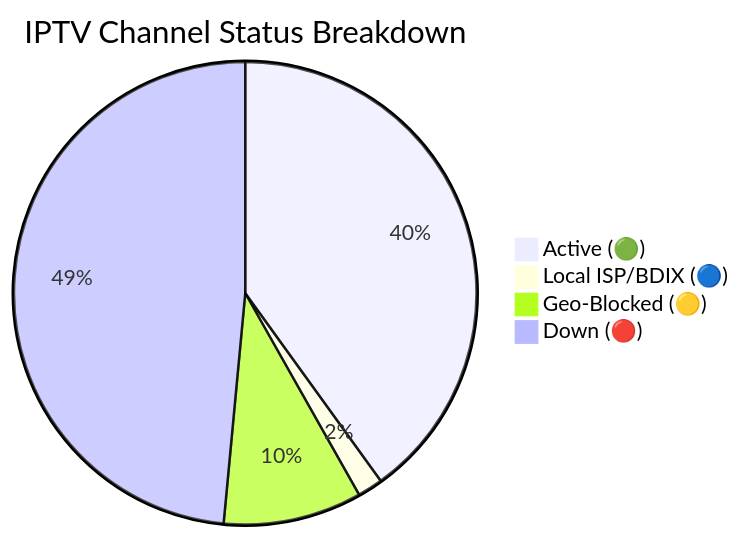
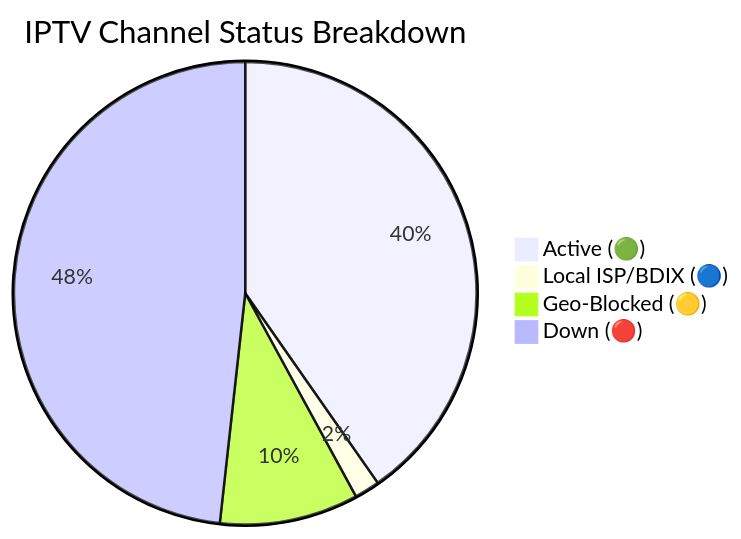
The diagram in README.md (andreataylord/Ip-tv-Collection), drawn with Mermaid before and after one commit. The commit also changed other lines of this file and 1 other file, not shown here.

Commit message:
docs(readme): auto-update daily channel status chart

````diff
--- a/README.md
+++ b/README.md
@@ -59,7 +59,7 @@
 ```mermaid
 pie title IPTV Channel Status Breakdown
-    "Active (🟢)" : 2901
+    "Active (🟢)" : 2919
     "Local ISP/BDIX (🔵)" : 128
-    "Geo-Blocked (🟡)" : 701
-    "Down (🔴)" : 3514
+    "Geo-Blocked (🟡)" : 702
+    "Down (🔴)" : 3495
 ```
````
